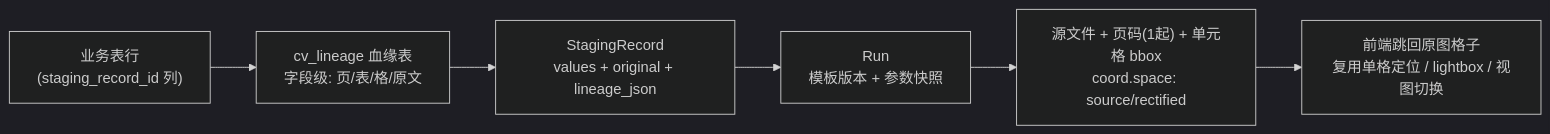
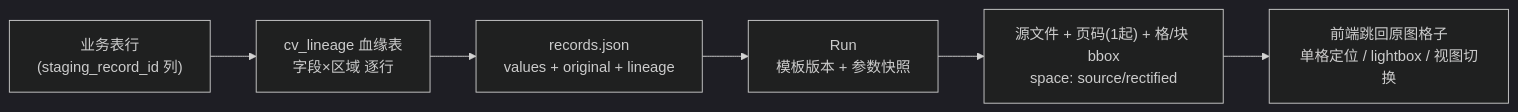
Before and after one commit to freeedoooooo/algs: the fifth of 7 diagrams in 20-CV/mvp/docs/design-data-pipeline.md, drawn with Mermaid (dark theme). The commit also changed other lines of this file and 6 other files, not shown here.

````diff
--- a/20-CV/mvp/docs/design-data-pipeline.md
+++ b/20-CV/mvp/docs/design-data-pipeline.md
@@ -258,8 +313,8 @@
 ```mermaid
 flowchart LR
-    A["业务表行<br/>(staging_record_id 列)"] --> B["cv_lineage 血缘表<br/>字段级: 页/表/格/原文"]
-    B --> C["StagingRecord<br/>values + original + lineage_json"]
+    A["业务表行<br/>(staging_record_id 列)"] --> B["cv_lineage 血缘表<br/>字段×区域 逐行"]
+    B --> C["records.json<br/>values + original + lineage"]
     C --> D["Run<br/>模板版本 + 参数快照"]
-    D --> E["源文件 + 页码(1起) + 单元格 bbox<br/>coord.space: source/rectified"]
-    E --> F["前端跳回原图格子<br/>复用单格定位 / lightbox / 视图切换"]
+    D --> E["源文件 + 页码(1起) + 格/块 bbox<br/>space: source/rectified"]
+    E --> F["前端跳回原图格子<br/>单格定位 / lightbox / 视图切换"]
 ```
````
